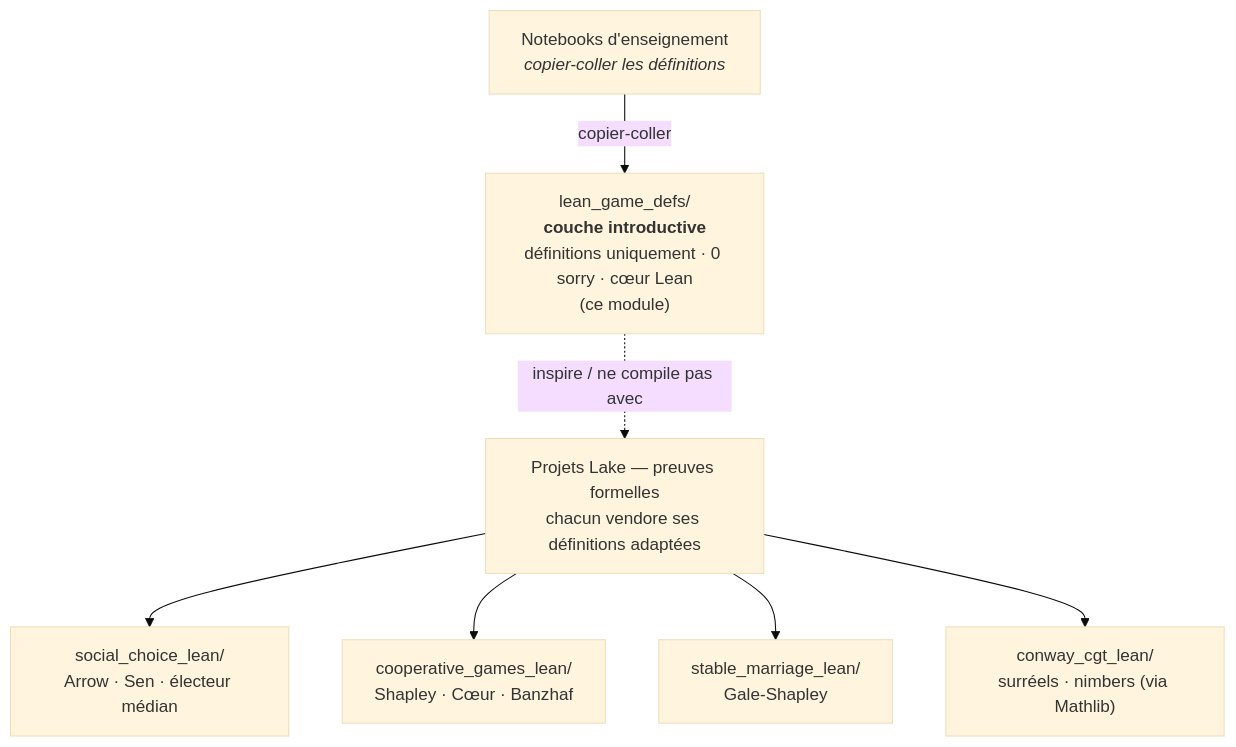
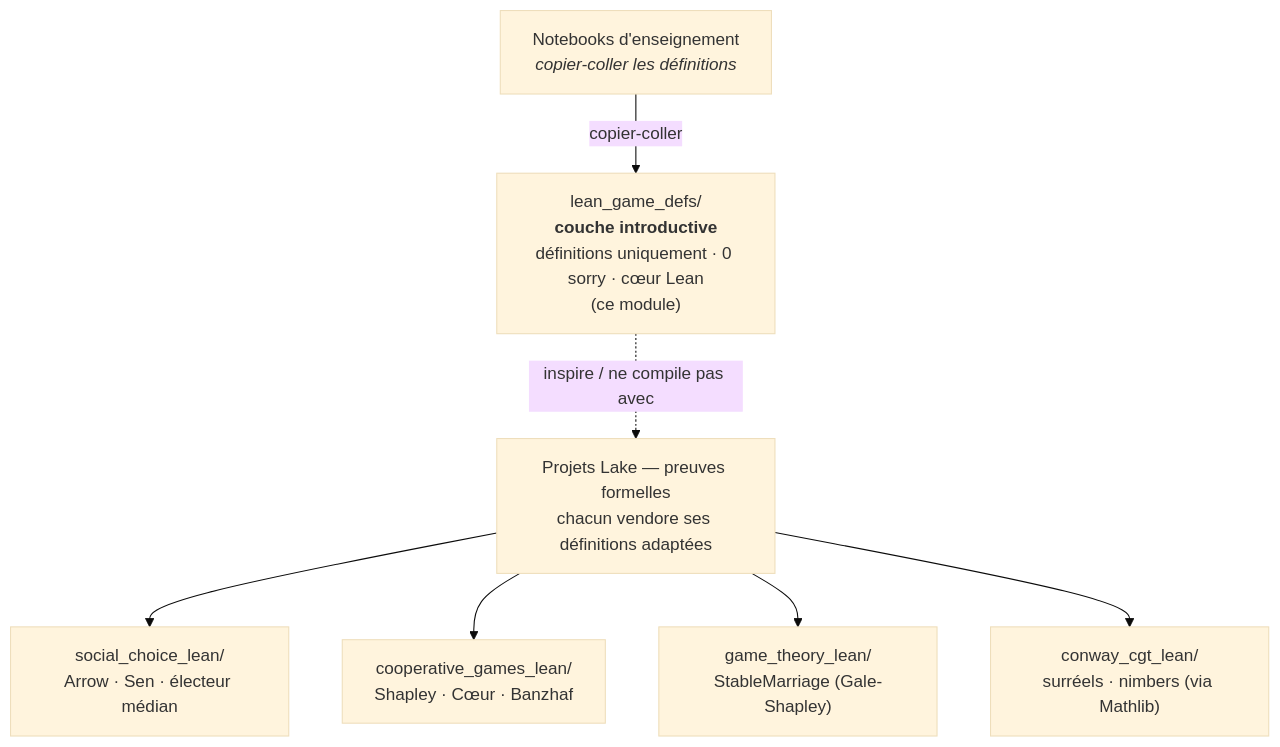
The first of 2 diagrams in MyIA.AI.Notebooks/GameTheory/lean_game_defs/README.md (jsboige/CoursIA), drawn with Mermaid (base theme) before and after one commit. The commit also changed other lines of this file and 29 other files, not shown here.

````diff
--- a/MyIA.AI.Notebooks/GameTheory/lean_game_defs/README.md
+++ b/MyIA.AI.Notebooks/GameTheory/lean_game_defs/README.md
@@ -58,17 +58,17 @@
 ```mermaid
 flowchart TD
     NOTEBOOKS["Notebooks d'enseignement<br/><i>copier-coller les définitions</i>"]
     INTRO["lean_game_defs/<br/><b>couche introductive</b><br/>définitions uniquement · 0 sorry · cœur Lean<br/>(ce module)"]
     PROJ["Projets Lake — preuves formelles<br/>chacun vendore ses définitions adaptées"]
     SC["social_choice_lean/<br/>Arrow · Sen · électeur médian"]
     COOP["cooperative_games_lean/<br/>Shapley · Cœur · Banzhaf"]
-    SM["stable_marriage_lean/<br/>Gale-Shapley"]
+    SM["game_theory_lean/<br/>StableMarriage (Gale-Shapley)"]
     CGT["conway_cgt_lean/<br/>surréels · nimbers (via Mathlib)"]
 
     NOTEBOOKS -->|"copier-coller"| INTRO
     INTRO -.->|"inspire / ne compile pas avec"| PROJ
     PROJ --> SC
     PROJ --> COOP
     PROJ --> SM
     PROJ --> CGT
 ```
````
